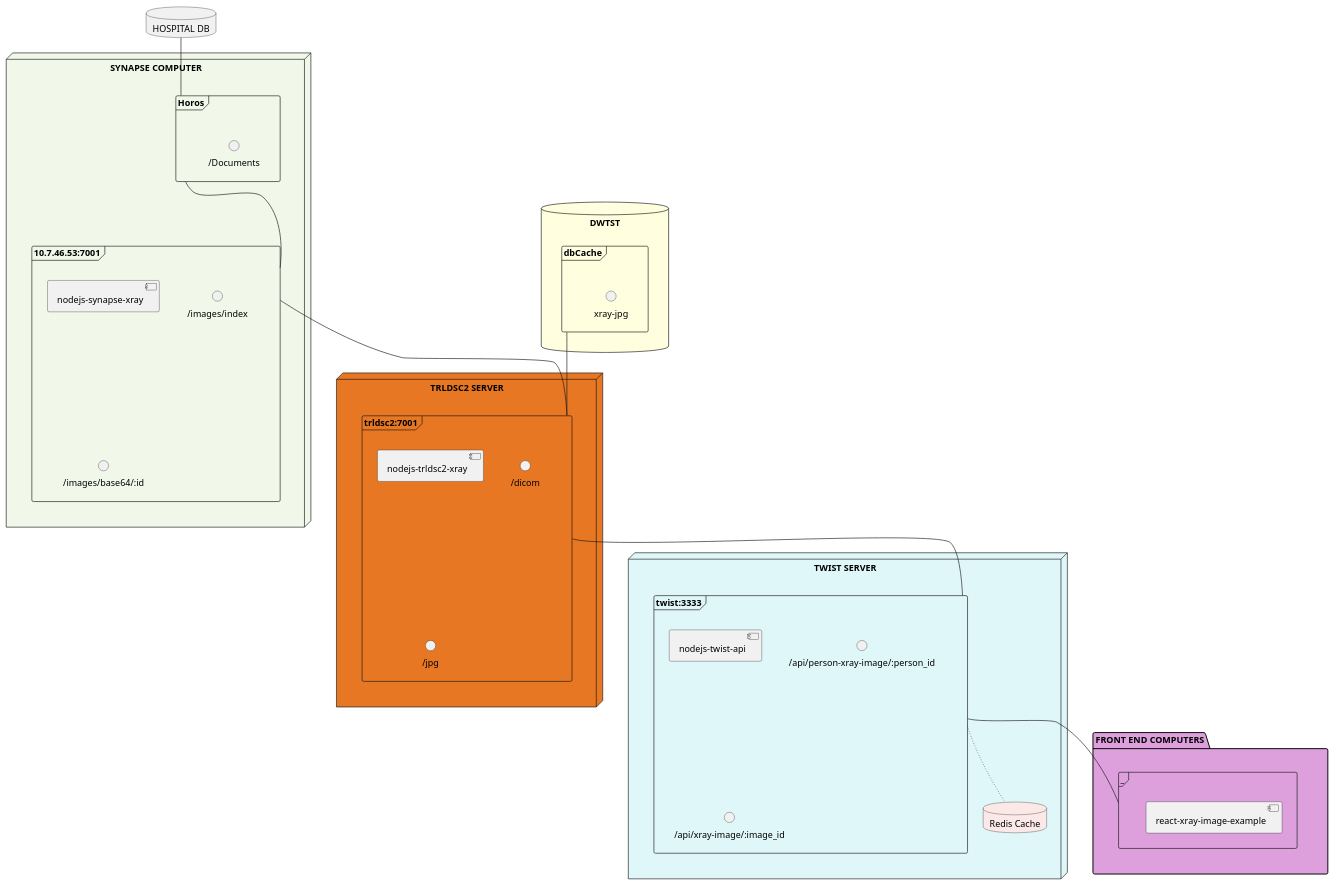
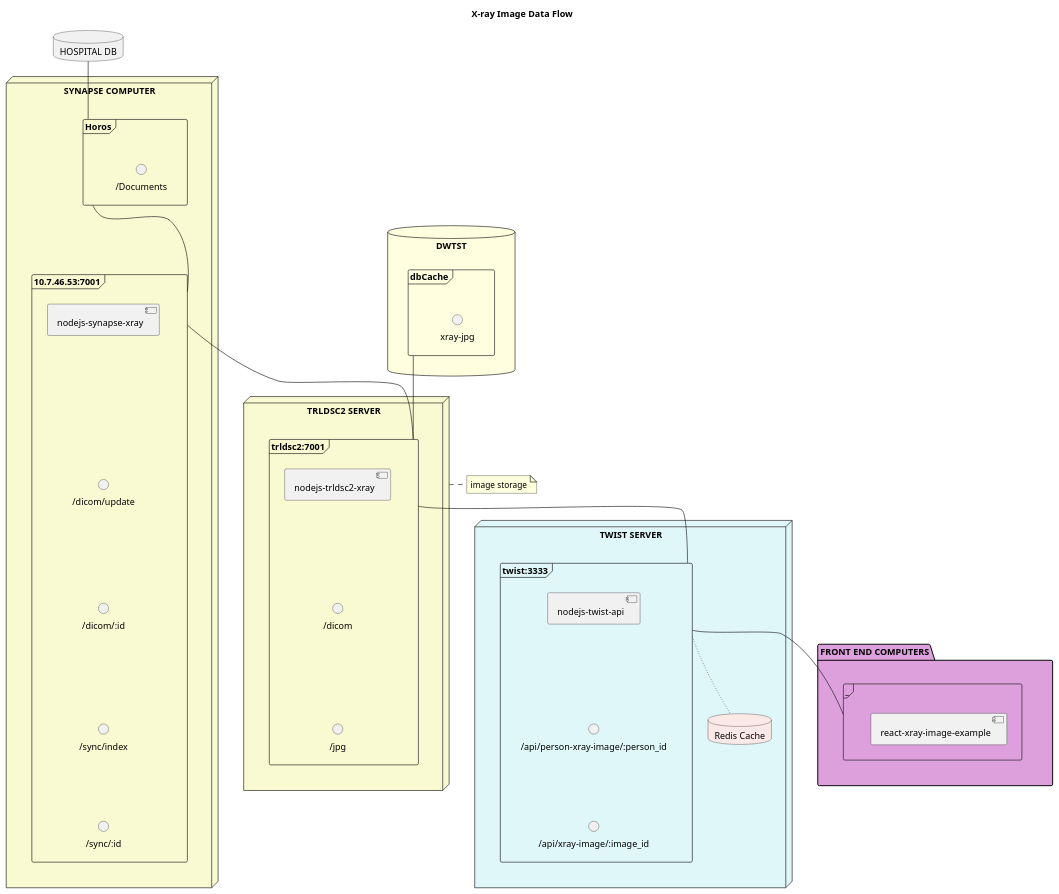
The diagram in assets/xray-image.iuml (TwistTRL/nodejs-twist-api), drawn with PlantUML before and after one commit. The commit also changed 6 other files, not shown here.

```diff
--- a/assets/xray-image.iuml
+++ b/assets/xray-image.iuml
@@ -1,71 +1,83 @@
 @startuml xray-image
 
-skinparam componentStyle uml2
+' skinparam componentStyle uml2
+
+title X-ray Image Data Flow
 
 database "HOSPITAL DB" as db
 
-node "SYNAPSE COMPUTER" as synapse #f1f8e9 {
+node "SYNAPSE COMPUTER" as synapse #LightGoldenRodYellow {
     frame "Horos" as horos {
         interface "/Documents"
     }
 
     frame "10.7.46.53:7001" as imageAPI {
         component "nodejs-synapse-xray" as componentImageAPI
-        interface "/images/index" as imageIndex
-        interface "/images/base64/:id" as imageBase
-        ' componentImageAPI -[hidden]down- imageIndex
-        ' imageIndex -[hidden]down- imageBase
+        interface "/dicom/update" as dicomUpdate
+        interface "/dicom/:id" as dicomId
+        interface "/sync/index" as syncIndex
+        interface "/sync/:id" as syncId
+
+        componentImageAPI -[hidden]down- dicomUpdate
+        dicomUpdate -[hidden]down- dicomId
+        dicomId -[hidden]down- syncIndex
+        syncIndex -[hidden]down- syncId
     }
 
     horos -- imageAPI
 }
 
-node "TRLDSC2 SERVER" as trldsc2 #e77722 {
+node "TRLDSC2 SERVER" as trldsc2 #LightGoldenRodYellow {
     frame "trldsc2:7001" as trldsc2API {
         component "nodejs-trldsc2-xray" as trldsc2ImageAPI
-        interface "/dicom"
-        interface "/jpg"        
+        interface "/dicom" as dicom
+        interface "/jpg" as jpg    
+        trldsc2ImageAPI -[hidden]down- dicom
+        dicom -[hidden]down- jpg     
     }
 }
 
 
 node "TWIST SERVER" as twist #e0f7fa {
     frame "twist:3333" as twistAPI {
         component "nodejs-twist-api" as componentTwistAPI
         interface "/api/person-xray-image/:person_id" as apiPerson
         interface "/api/xray-image/:image_id" as apiImage
-        ' componentTwistAPI -[hidden]down- apiPerson
-        ' apiPerson -[hidden]down- apiImage
+        componentTwistAPI -[hidden]down- apiPerson
+        apiPerson -[hidden]down- apiImage
     }
 
     database "Redis Cache" as Redis #fbe9e7 {
     }
 
     twistAPI ~down~ Redis
 }
 
 database DWTST #LightYellow {
     frame dbCache {
         interface "xray-jpg" as xrayJpg
     }
 }
 
 package "FRONT END COMPUTERS" as frontEnd #Plum {
     frame "_" as imageFE {
         component "react-xray-image-example"
     }
 }
 
 
 synapse -[hidden]- trldsc2
 trldsc2 -[hidden]- twist
 twist -[hidden]- frontEnd
 ' DWTST -[hidden]- twist
 
 db -down- horos
 imageAPI -- trldsc2API
 trldsc2API -- twistAPI
 trldsc2API -up- dbCache
 twistAPI -- imageFE
 
+' note right of synapse : image storage
+note right of trldsc2 : image storage
+
 @enduml
```
